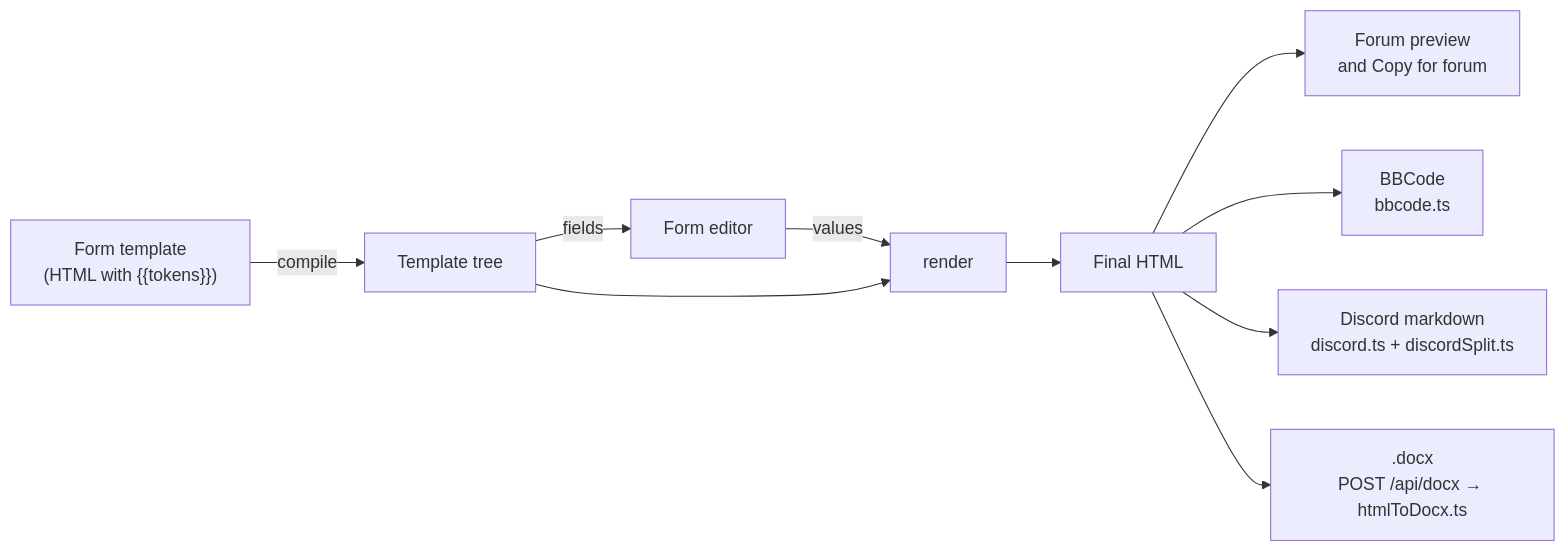
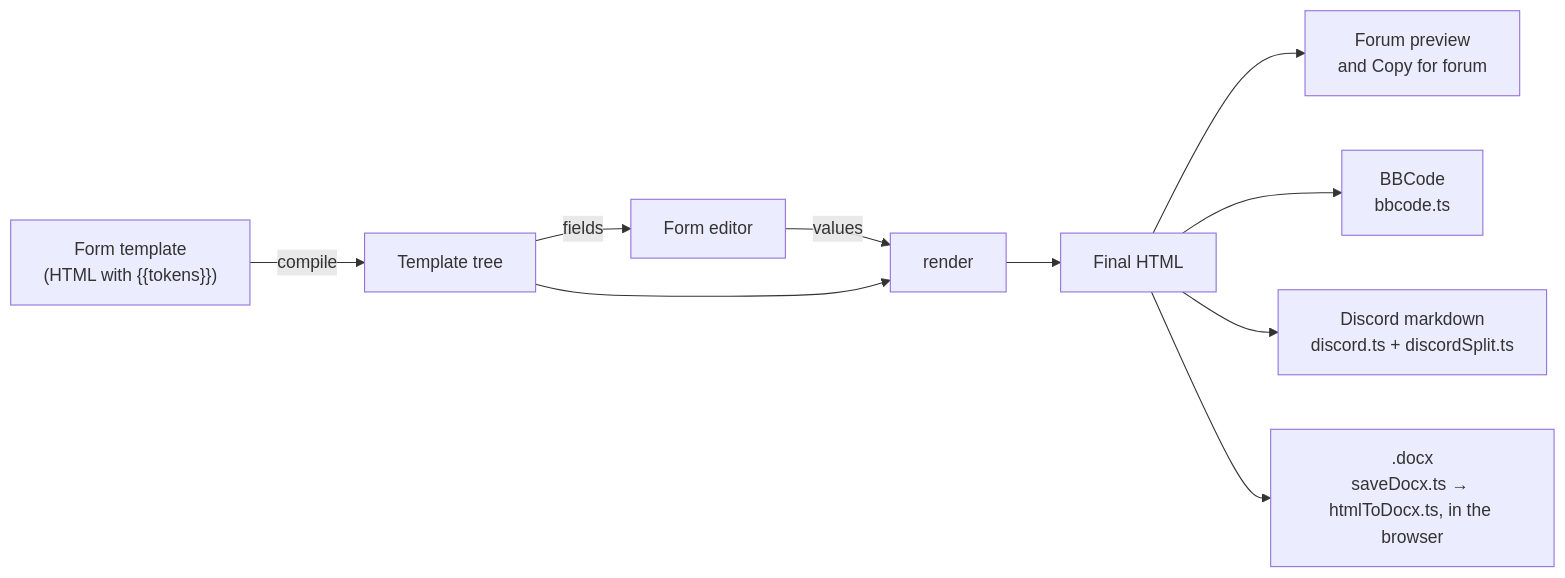
Before and after one commit to danieljcode/lawportal-v2: the diagram in docs/architecture.md, drawn with Mermaid. The commit also changed other lines of this file and 18 other files, not shown here.

First line of the commit message:
feat(filings): build .docx files in the browser [LP-37] (#145)

````diff
--- a/docs/architecture.md
+++ b/docs/architecture.md
@@ -201,12 +201,12 @@
 ```mermaid
 flowchart LR
   T["Form template<br/>(HTML with {{tokens}})"] -->|compile| Tree[Template tree]
   Tree -->|fields| Ed[Form editor]
   Ed -->|values| R[render]
   Tree --> R
   R --> H[Final HTML]
   H --> P[Forum preview<br/>and Copy for forum]
   H --> B[BBCode<br/>bbcode.ts]
   H --> D[Discord markdown<br/>discord.ts + discordSplit.ts]
-  H --> W[".docx<br/>POST /api/docx → htmlToDocx.ts"]
+  H --> W[".docx<br/>saveDocx.ts → htmlToDocx.ts, in the browser"]
 ```
````
